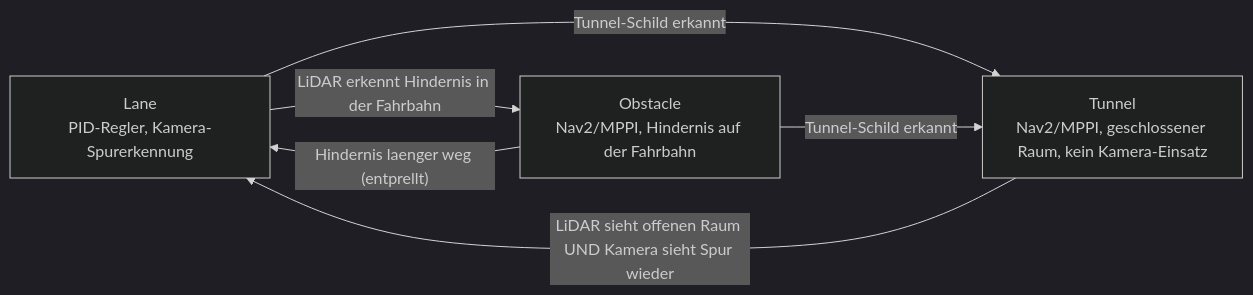
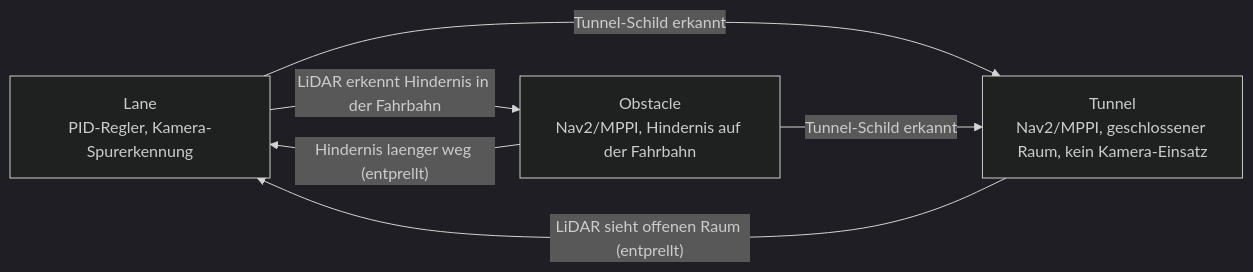
One commit to NaiRolF878/TurtleBot3-URMC changed the first of 4 diagrams in docs/Nav2LocalCoastmap_Doku.md. Above: the diagram before and after it, drawn with Mermaid (dark theme). The commit also changed other lines of this file and 1 other file, not shown here.

````diff
--- a/docs/Nav2LocalCoastmap_Doku.md
+++ b/docs/Nav2LocalCoastmap_Doku.md
@@ -22,12 +22,12 @@
 ```mermaid
 flowchart LR
     Lane["Lane\nPID-Regler, Kamera-Spurerkennung"]
     Obstacle["Obstacle\nNav2/MPPI, Hindernis auf der Fahrbahn"]
     Tunnel["Tunnel\nNav2/MPPI, geschlossener Raum, kein Kamera-Einsatz"]
 
     Lane -- "LiDAR erkennt Hindernis in der Fahrbahn" --> Obstacle
     Obstacle -- "Hindernis laenger weg (entprellt)" --> Lane
     Lane -- "Tunnel-Schild erkannt" --> Tunnel
     Obstacle -- "Tunnel-Schild erkannt" --> Tunnel
-    Tunnel -- "LiDAR sieht offenen Raum UND Kamera sieht Spur wieder" --> Lane
+    Tunnel -- "LiDAR sieht offenen Raum (entprellt)" --> Lane
 ```
````
